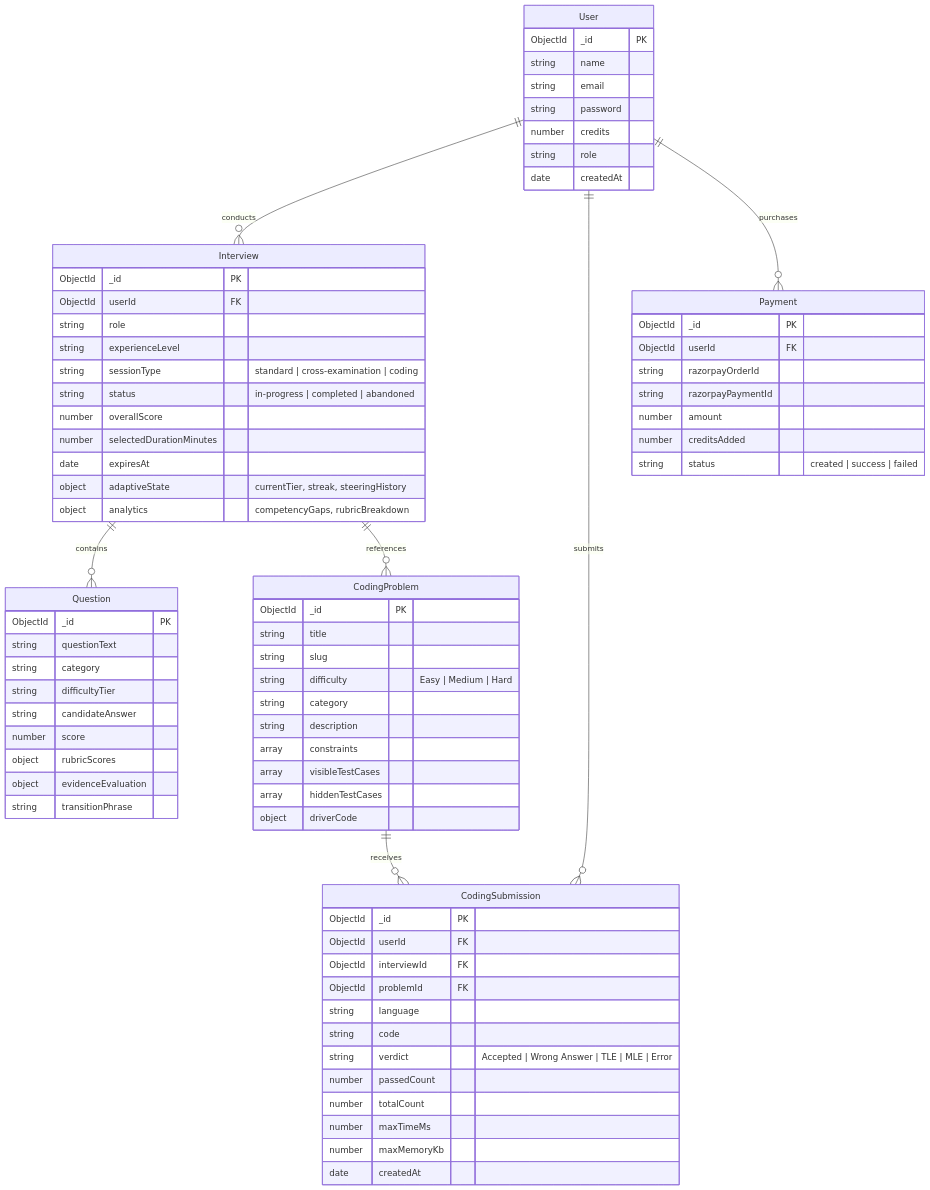
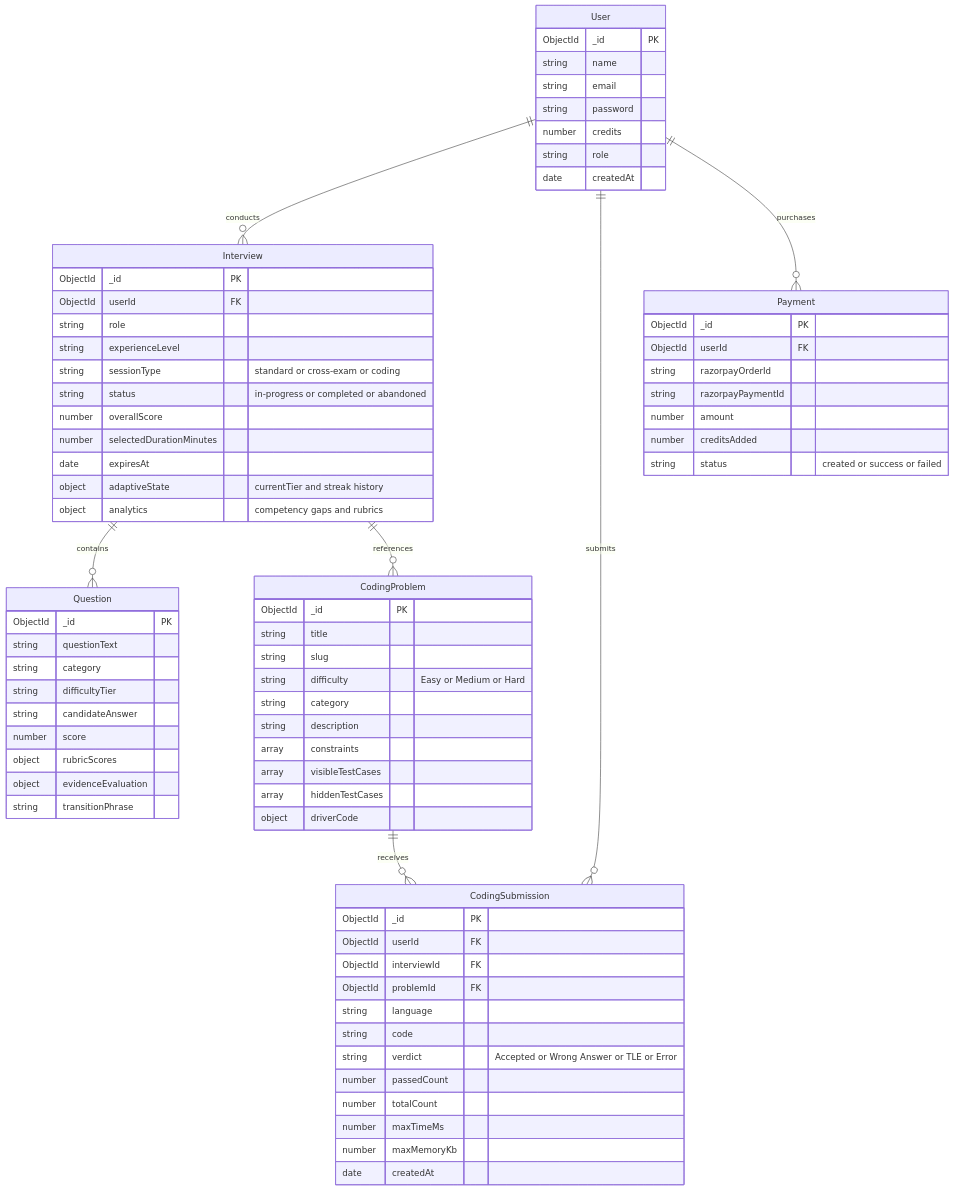
The sixth of 6 diagrams in README.md (KRISHNA-0425/Prepper), drawn with Mermaid before and after one commit. The commit also changed other lines of this file, not shown here.

Commit message:
fix(docs): resolve GitHub Mermaid parsing errors by quoting link labels and normalizing state/ER diagram syntax

````diff
--- a/README.md
+++ b/README.md
@@ -414,13 +406,13 @@
         ObjectId userId FK
         string role
         string experienceLevel
-        string sessionType "standard | cross-examination | coding"
-        string status "in-progress | completed | abandoned"
+        string sessionType "standard or cross-exam or coding"
+        string status "in-progress or completed or abandoned"
         number overallScore
         number selectedDurationMinutes
         date expiresAt
-        object adaptiveState "currentTier, streak, steeringHistory"
-        object analytics "competencyGaps, rubricBreakdown"
+        object adaptiveState "currentTier and streak history"
+        object analytics "competency gaps and rubrics"
     }
 
     Question {
@@ -439,7 +431,7 @@
         ObjectId _id PK
         string title
         string slug
-        string difficulty "Easy | Medium | Hard"
+        string difficulty "Easy or Medium or Hard"
         string category
         string description
         array constraints
@@ -455,7 +447,7 @@
         ObjectId problemId FK
         string language
         string code
-        string verdict "Accepted | Wrong Answer | TLE | MLE | Error"
+        string verdict "Accepted or Wrong Answer or TLE or Error"
         number passedCount
         number totalCount
         number maxTimeMs
@@ -470,6 +462,6 @@
         string razorpayPaymentId
         number amount
         number creditsAdded
-        string status "created | success | failed"
+        string status "created or success or failed"
     }
 ```
````
